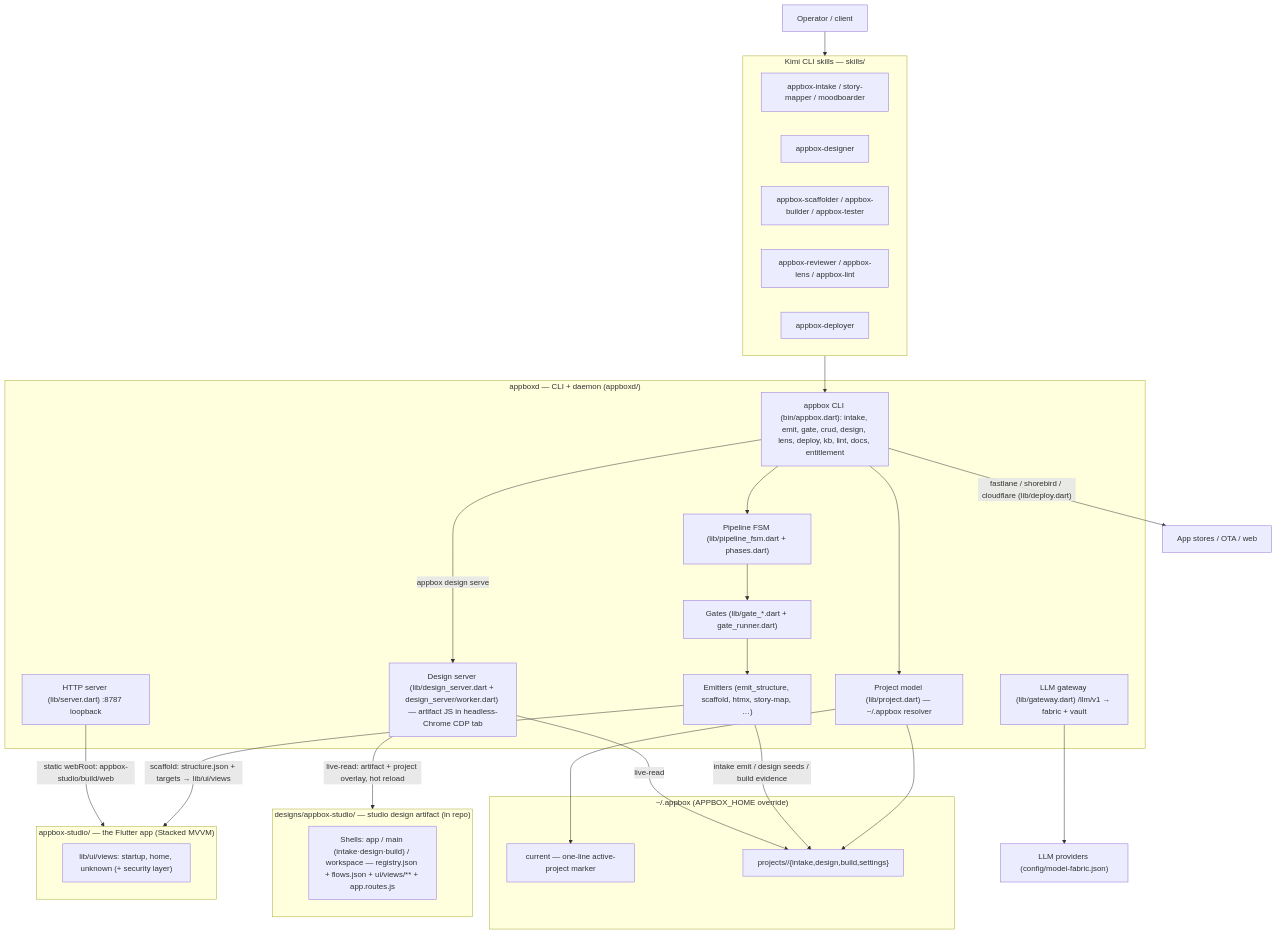
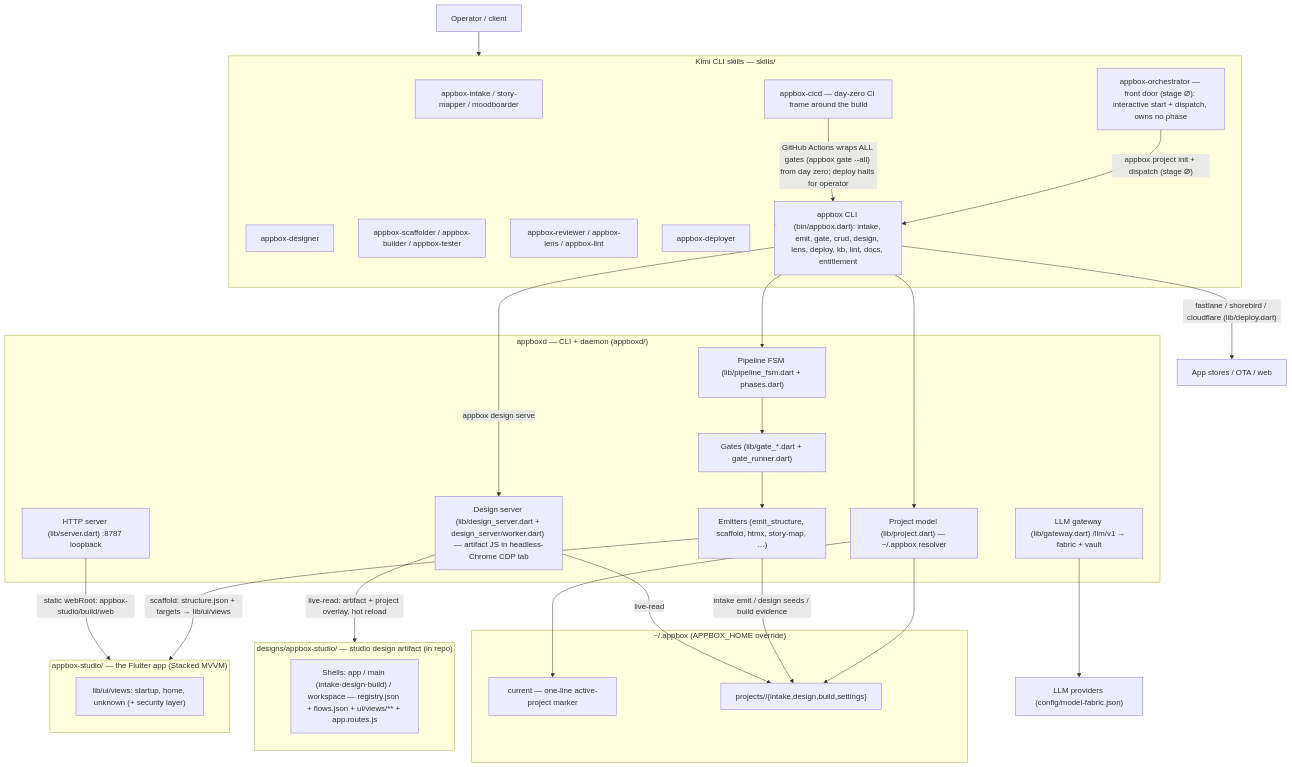
The first of 6 diagrams in docs/appbox-system-map.md (unfazed-dev/arxa), drawn with Mermaid before and after one commit. The commit also changed other lines of this file and 363 other files, not shown here.

````diff
--- a/docs/appbox-system-map.md
+++ b/docs/appbox-system-map.md
@@ -15,50 +15,54 @@
 ```mermaid
 flowchart TD
     user["Operator / client"]
 
     subgraph skills["Kimi CLI skills — skills/"]
+        sk_orch["appbox-orchestrator — front door (stage Ø): interactive start + dispatch, owns no phase"]
         sk_intake["appbox-intake / story-mapper / moodboarder"]
         sk_design["appbox-designer"]
         sk_build["appbox-scaffolder / appbox-builder / appbox-tester"]
         sk_gate["appbox-reviewer / appbox-lens / appbox-lint"]
         sk_deploy["appbox-deployer"]
+        sk_cicd["appbox-cicd — day-zero CI frame around the build"]
+        sk_orch -->|"appbox project init + dispatch (stage Ø)"| cli
     end
 
     subgraph daemon["appboxd — CLI + daemon (appboxd/)"]
         cli["appbox CLI (bin/appbox.dart): intake, emit, gate, crud, design, lens, deploy, kb, lint, docs, entitlement"]
         fsm["Pipeline FSM (lib/pipeline_fsm.dart + phases.dart)"]
         gates["Gates (lib/gate_*.dart + gate_runner.dart)"]
         emitters["Emitters (emit_structure, scaffold, htmx, story-map, …)"]
         proj["Project model (lib/project.dart) — ~/.appbox resolver"]
         server["HTTP server (lib/server.dart) :8787 loopback"]
         gateway["LLM gateway (lib/gateway.dart) /llm/v1 → fabric + vault"]
         dserver["Design server (lib/design_server.dart + design_server/worker.dart) — artifact JS in headless-Chrome CDP tab"]
     end
 
     subgraph home["~/.appbox (APPBOX_HOME override)"]
         current["current — one-line active-project marker"]
         projects["projects/<name>/{intake,design,build,settings}"]
     end
 
     subgraph design["designs/appbox-studio/ — studio design artifact (in repo)"]
         shells["Shells: app / main (intake·design·build) / workspace — registry.json + flows.json + ui/views/** + app.routes.js"]
     end
 
     subgraph studio["appbox-studio/ — the Flutter app (Stacked MVVM)"]
         fviews["lib/ui/views: startup, home, unknown (+ security layer)"]
     end
 
     user --> skills --> cli
     cli --> fsm --> gates --> emitters
     cli --> proj
     proj --> current
     proj --> projects
     emitters -->|"intake emit / design seeds / build evidence"| projects
     dserver -->|"live-read: artifact + project overlay, hot reload"| design
     dserver -->|"live-read"| projects
     cli -->|"appbox design serve <dir|name>"| dserver
     emitters -->|"scaffold: structure.json + targets → lib/ui/views"| studio
     server -->|"static webRoot: appbox-studio/build/web"| studio
     cli -->|"fastlane / shorebird / cloudflare (lib/deploy.dart)"| stores["App stores / OTA / web"]
+    sk_cicd -->|"GitHub Actions wraps ALL gates (appbox gate --all) from day zero; deploy halts for operator"| cli
     gateway --> providers["LLM providers (config/model-fabric.json)"]
 ```
````
